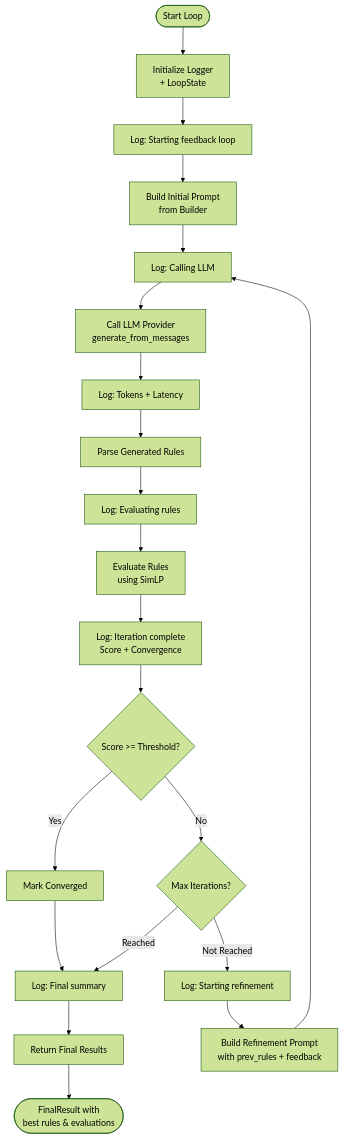
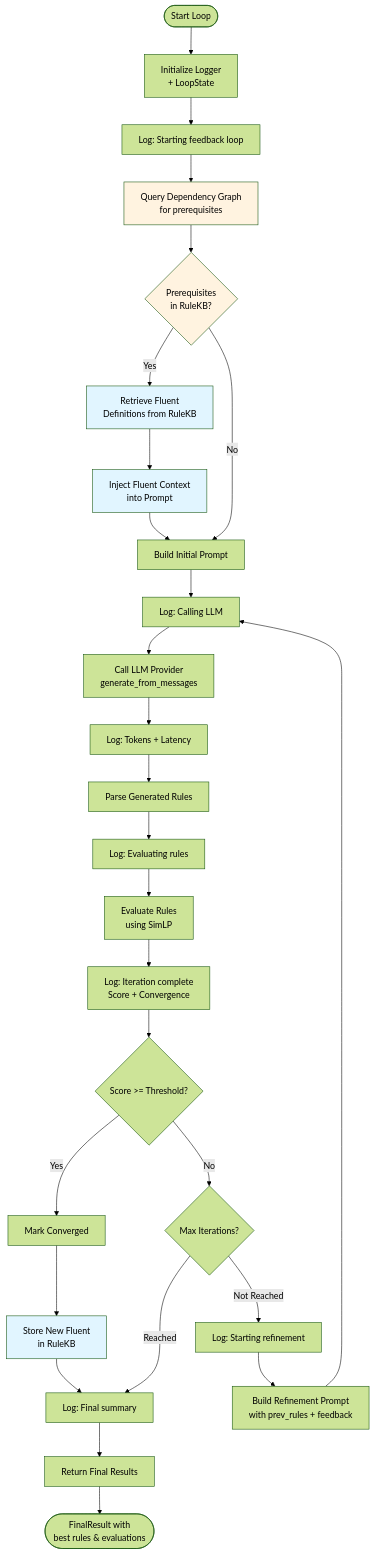
Before and after one commit to PanagopoulosGeorge/thesis-ds: the fourth of 4 diagrams in ARCHITECTURE.md, drawn with Mermaid (forest theme). The commit also changed other lines of this file and 1 other file, not shown here.

````diff
--- a/ARCHITECTURE.md
+++ b/ARCHITECTURE.md
@@ -66,27 +101,40 @@
 ```mermaid
 flowchart TD
     Start([Start Loop]) --> InitLog[Initialize Logger<br/>+ LoopState]
     InitLog --> LogStart[Log: Starting feedback loop]
-    LogStart --> BuildPrompt[Build Initial Prompt<br/>from Builder]
+    LogStart --> QueryDeps[Query Dependency Graph<br/>for prerequisites]
+    QueryDeps --> CheckMem{Prerequisites<br/>in RuleKB?}
+    CheckMem -->|Yes| RetrieveFlue[Retrieve Fluent<br/>Definitions from RuleKB]
+    CheckMem -->|No| BuildPrompt[Build Initial Prompt]
+    RetrieveFlue --> InjectCtx[Inject Fluent Context<br/>into Prompt]
+    InjectCtx --> BuildPrompt
+    
     BuildPrompt --> LogGenerate[Log: Calling LLM]
     LogGenerate --> CallLLM[Call LLM Provider<br/>generate_from_messages]
     CallLLM --> LogResponse[Log: Tokens + Latency]
     LogResponse --> ParseRules[Parse Generated Rules]
     ParseRules --> LogEval[Log: Evaluating rules]
     LogEval --> Evaluate[Evaluate Rules<br/>using SimLP]
     
     Evaluate --> LogIterComplete[Log: Iteration complete<br/>Score + Convergence]
     LogIterComplete --> CheckScore{Score >= Threshold?}
     CheckScore -->|Yes| Converged[Mark Converged]
     CheckScore -->|No| CheckIter{Max Iterations?}
     
     CheckIter -->|Reached| LogFinal[Log: Final summary]
     CheckIter -->|Not Reached| LogRefine[Log: Starting refinement]
     LogRefine --> BuildRefinement[Build Refinement Prompt<br/>with prev_rules + feedback]
     
     BuildRefinement --> LogGenerate
-    Converged --> LogFinal
+    Converged --> StoreFlue[Store New Fluent<br/>in RuleKB]
+    StoreFlue --> LogFinal
     LogFinal --> Stop[Return Final Results]
     
     Stop --> Results([FinalResult with<br/>best rules & evaluations])
+    
+    style QueryDeps fill:#fff3e0
+    style CheckMem fill:#fff3e0
+    style RetrieveFlue fill:#e1f5ff
+    style InjectCtx fill:#e1f5ff
+    style StoreFlue fill:#e1f5ff
 ```
````
